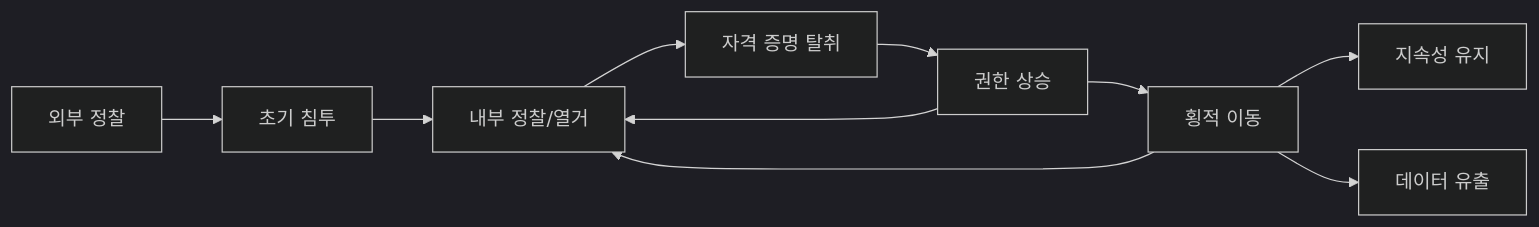
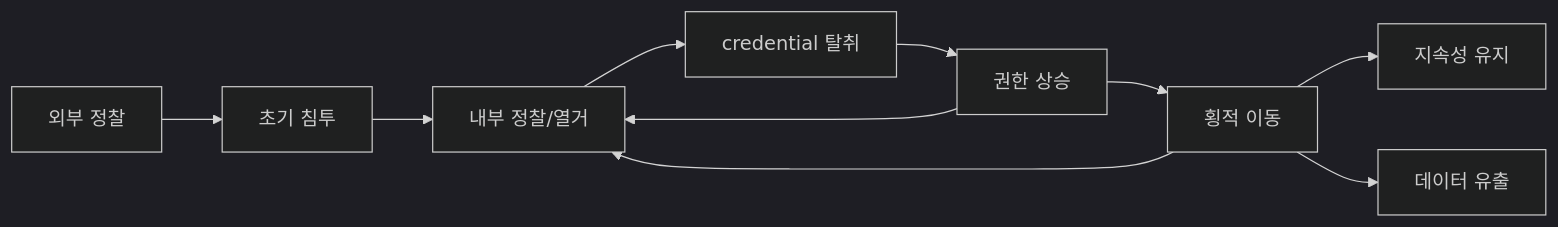
One commit to STEALIEN-RED/docs-redteam-cheatsheet changed the diagram in docs_internal_backup/index.md. Above: the diagram before and after it, drawn with Mermaid (dark theme). The commit also changed other lines of this file and 69 other files, not shown here.

````diff
--- a/docs_internal_backup/index.md
+++ b/docs_internal_backup/index.md
@@ -11,12 +11,12 @@
 ```mermaid
 graph LR
     A[외부 정찰] --> B[초기 침투]
     B --> C[내부 정찰/열거]
-    C --> D[자격 증명 탈취]
+    C --> D[credential 탈취]
     D --> E[권한 상승]
     E --> F[횡적 이동]
     F --> G[지속성 유지]
     F --> H[데이터 유출]
     F --> C
     E --> C
 ```
````
